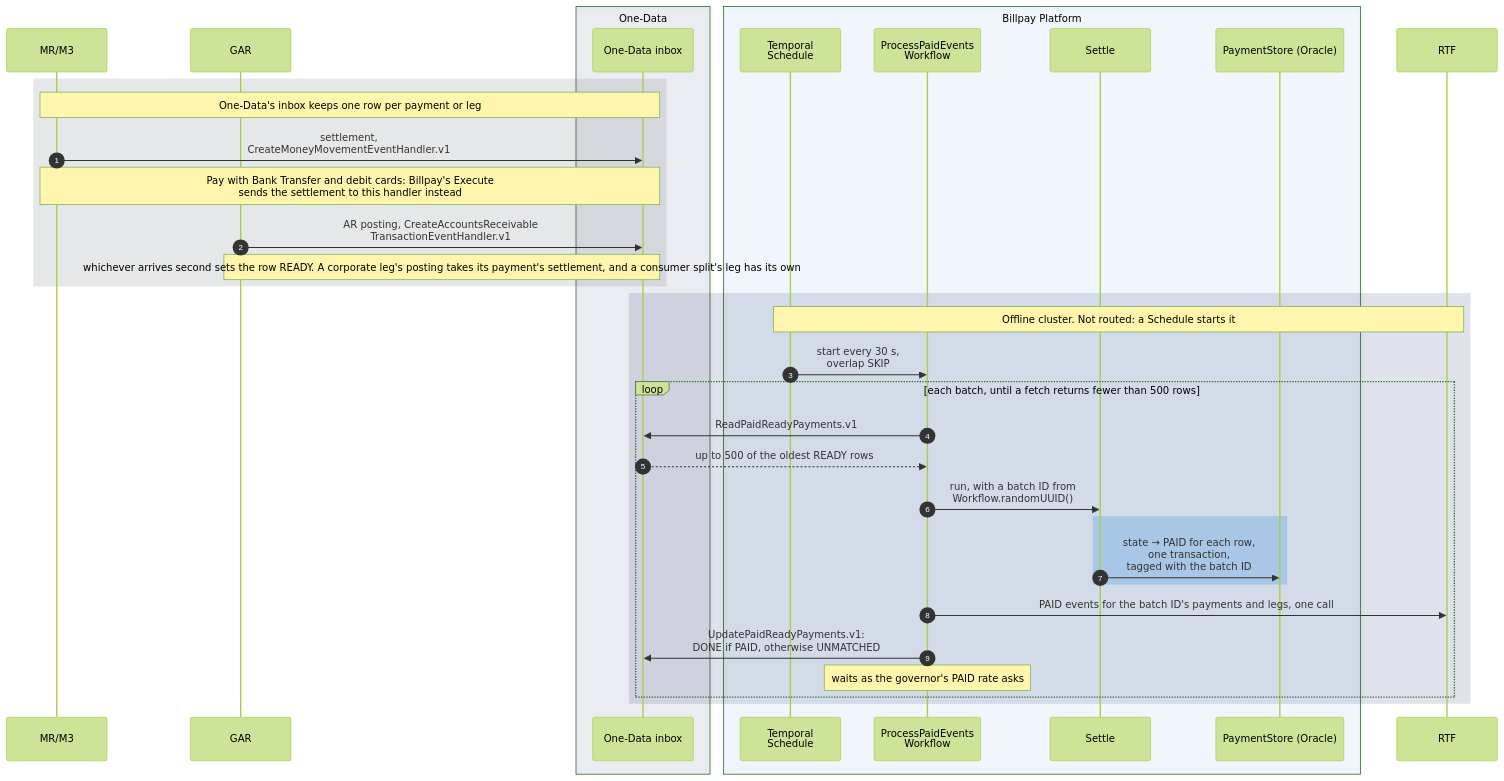
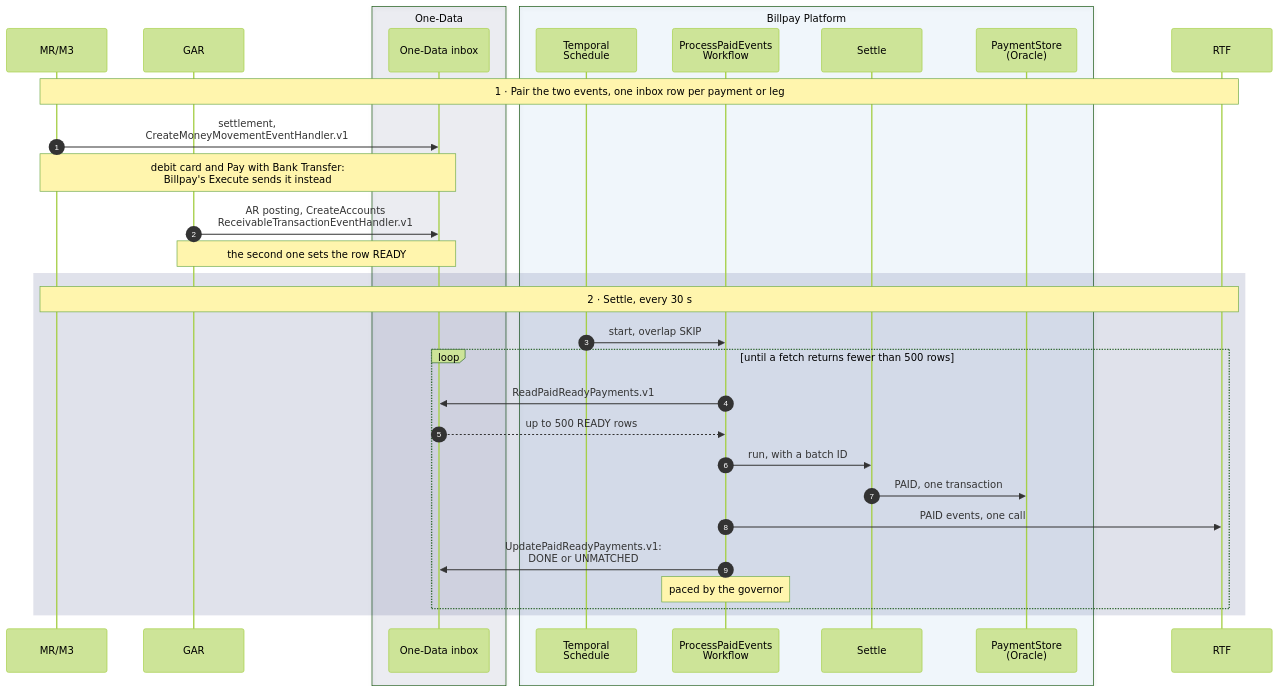
One commit to arunav-bhattacharya/billpay-book changed the tenth of 16 diagrams in website/docs/design/sequence-diagrams.md. Above: the diagram before and after it, drawn with Mermaid (forest theme). The commit also changed other lines of this file and 43 other files, not shown here.

First line of the commit message:
One sequence-diagram style; journeys editable as YAML

````diff
--- a/website/docs/design/sequence-diagrams.md
+++ b/website/docs/design/sequence-diagrams.md
@@ -685,52 +560,48 @@
 ```mermaid
 ---
 config:
   fontFamily: "BentonSansUI, Helvetica, Arial, sans-serif"
   fontSize: 15
 ---
 sequenceDiagram
   %% Pink arrows: something outside starts or resumes the payment.
-  %% trigger: settlement,
-  %% trigger: AR posting,
+  %% trigger: settlement
+  %% trigger: AR posting
   autonumber
 
   participant MM as MR/M3
   participant GAR
 
   box rgba(0,23,90,0.07) One-Data
     participant IN as One-Data inbox
   end
 
   box rgba(0,111,207,0.05) Billpay Platform
     participant SCH as Temporal<br/>Schedule
     participant WF as ProcessPaidEvents<br/>Workflow
     participant SET as Settle
-    participant PS as PaymentStore (Oracle)
+    participant PS as PaymentStore<br/>(Oracle)
   end
 
   participant RTF
 
-  rect rgba(83,86,90,0.14)
-    Note over MM,IN: One-Data's inbox keeps one row per payment or leg
-    MM->>IN: settlement,<br/>CreateMoneyMovementEventHandler.v1
-    Note over MM,IN: Pay with Bank Transfer and debit cards: Billpay's Execute<br/>sends the settlement to this handler instead
-    GAR->>IN: AR posting, CreateAccountsReceivable<br/>TransactionEventHandler.v1
-    Note over GAR,IN: whichever arrives second sets the row READY. A corporate leg's posting takes its payment's settlement, and a consumer split's leg has its own
-  end
+  Note over MM,RTF: 1 · Pair the two events, one inbox row per payment or leg
+  MM->>IN: settlement,<br/>CreateMoneyMovementEventHandler.v1
+  Note over MM,IN: debit card and Pay with Bank Transfer:<br/>Billpay's Execute sends it instead
+  GAR->>IN: AR posting, CreateAccounts<br/>ReceivableTransactionEventHandler.v1
+  Note over GAR,IN: the second one sets the row READY
 
   rect rgba(0,23,90,0.12)
-    Note over SCH,RTF: Offline cluster. Not routed: a Schedule starts it
-    SCH->>WF: start every 30 s,<br/>overlap SKIP
-    loop each batch, until a fetch returns fewer than 500 rows
+    Note over MM,RTF: 2 · Settle, every 30 s
+    SCH->>WF: start, overlap SKIP
+    loop until a fetch returns fewer than 500 rows
       WF->>IN: ReadPaidReadyPayments.v1
-      IN-->>WF: up to 500 of the oldest READY rows
-      WF->>SET: run, with a batch ID from<br/>Workflow.randomUUID()
-      rect rgba(102,169,226,0.40)
-        SET->>PS: state → PAID for each row,<br/>one transaction,<br/>tagged with the batch ID
-      end
-      WF->>RTF: PAID events for the batch ID's payments and legs, one call
-      WF->>IN: UpdatePaidReadyPayments.v1:<br/>DONE if PAID, otherwise UNMATCHED
-      Note over WF: waits as the governor's PAID rate asks
+      IN-->>WF: up to 500 READY rows
+      WF->>SET: run, with a batch ID
+      SET->>PS: PAID, one transaction
+      WF->>RTF: PAID events, one call
+      WF->>IN: UpdatePaidReadyPayments.v1:<br/>DONE or UNMATCHED
+      Note over WF: paced by the governor
     end
   end
 ```
````
